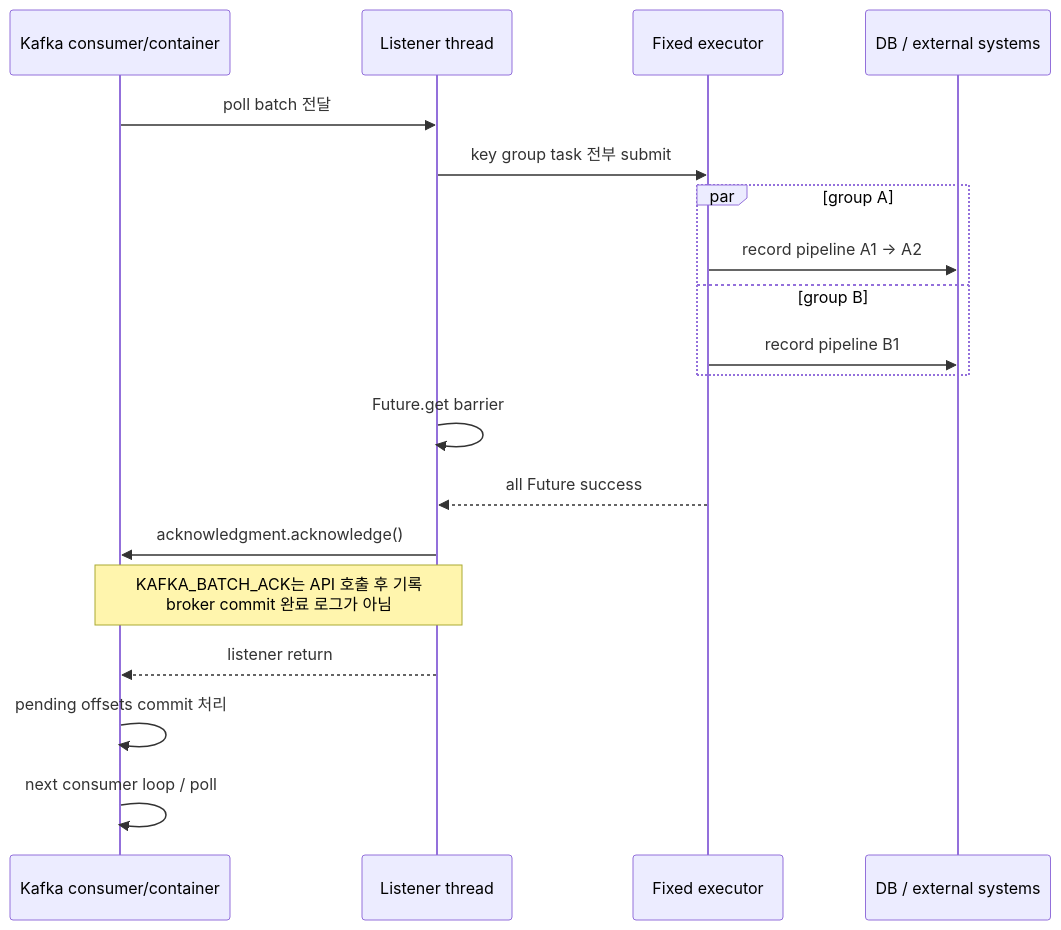
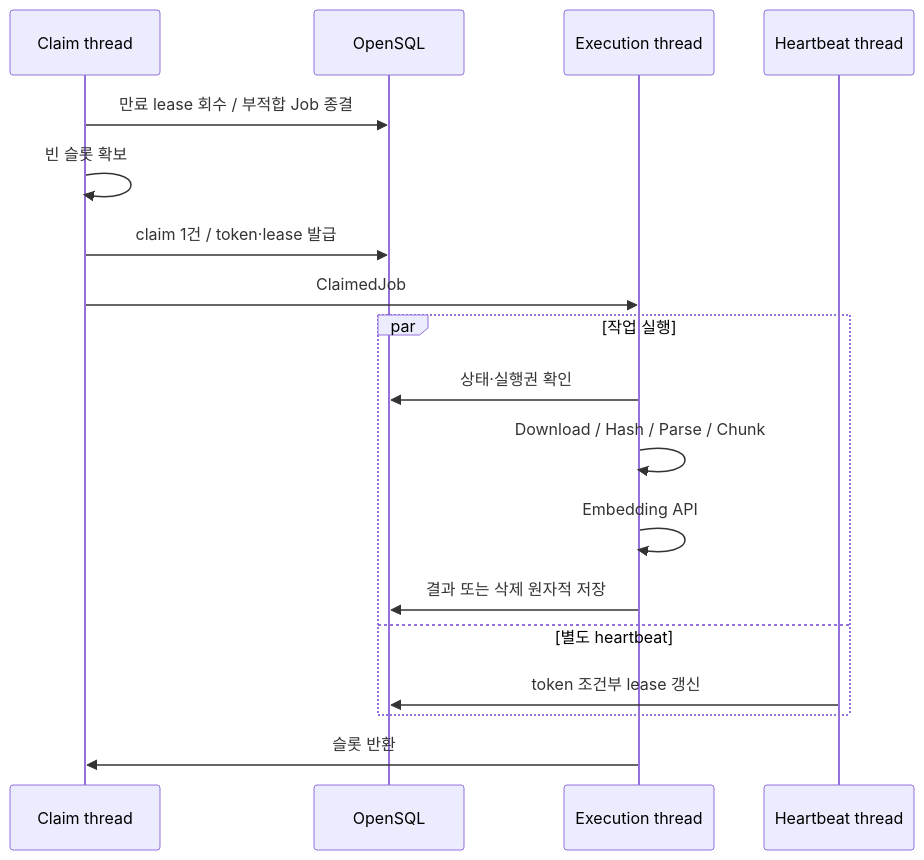
The diagram in docs/PROCESSING_MODEL.md (mash-up-kr/spr1n6-osscontest-worker), drawn with Mermaid before and after one commit. The commit also changed other lines of this file and 45 other files, not shown here.

````diff
--- a/docs/PROCESSING_MODEL.md
+++ b/docs/PROCESSING_MODEL.md
@@ -260,22 +18,20 @@
 ```mermaid
 sequenceDiagram
-    participant K as Kafka consumer/container
-    participant L as Listener thread
-    participant E as Fixed executor
-    participant D as DB / external systems
-
-    K->>L: poll batch 전달
-    L->>E: key group task 전부 submit
-    par group A
-        E->>D: record pipeline A1 → A2
-    and group B
-        E->>D: record pipeline B1
+    participant C as Claim thread
+    participant DB as OpenSQL
+    participant E as Execution thread
+    participant H as Heartbeat thread
+    C->>DB: 만료 lease 회수 / 부적합 Job 종결
+    C->>C: 빈 슬롯 확보
+    C->>DB: claim 1건 / token·lease 발급
+    C->>E: ClaimedJob
+    par 작업 실행
+        E->>DB: 상태·실행권 확인
+        E->>E: Download / Hash / Parse / Chunk
+        E->>E: Embedding API
+        E->>DB: 결과 또는 삭제 원자적 저장
+    and 별도 heartbeat
+        H->>DB: token 조건부 lease 갱신
     end
-    L->>L: Future.get barrier
-    E-->>L: all Future success
-    L->>K: acknowledgment.acknowledge()
-    Note over L,K: KAFKA_BATCH_ACK는 API 호출 후 기록<br/>broker commit 완료 로그가 아님
-    L-->>K: listener return
-    K->>K: pending offsets commit 처리
-    K->>K: next consumer loop / poll
+    E->>C: 슬롯 반환
 ```
````
